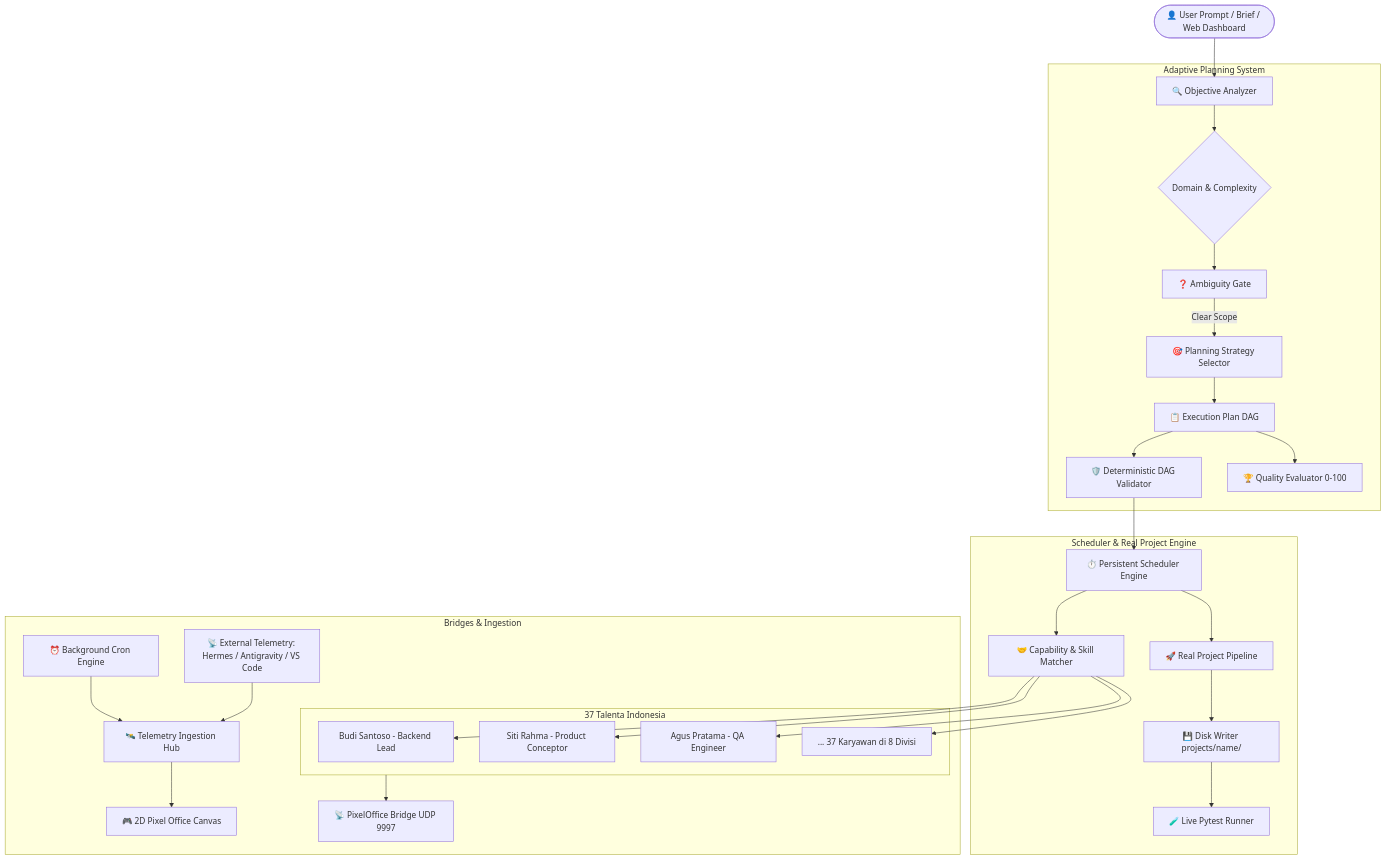
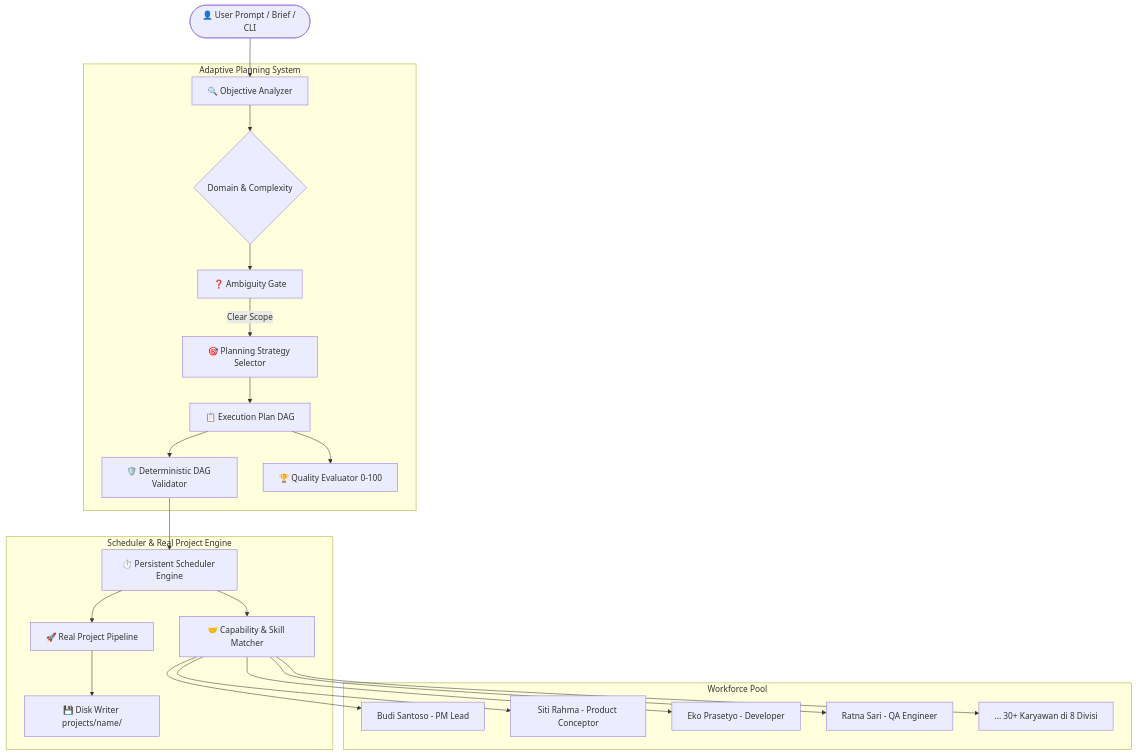
The diagram in README.md (AarsyDesign/Aether-Office), drawn with Mermaid before and after one commit. The commit also changed other lines of this file and 29 other files, not shown here.

````diff
--- a/README.md
+++ b/README.md
@@ -131,35 +70,28 @@
 ```mermaid
 flowchart TD
-    User([👤 User Prompt / Brief / Web Dashboard]) --> Analyzer[🔍 Objective Analyzer]
+    User([👤 User Prompt / Brief / CLI]) --> Analyzer[🔍 Objective Analyzer]
     
     subgraph Planning_Intelligence [Adaptive Planning System]
         Analyzer --> Classifier{Domain & Complexity}
         Classifier --> AmbiguityCheck[❓ Ambiguity Gate]
         AmbiguityCheck -->|Clear Scope| StrategySelector[🎯 Planning Strategy Selector]
         StrategySelector --> PlanGen[📋 Execution Plan DAG]
         PlanGen --> Validator[🛡️ Deterministic DAG Validator]
         PlanGen --> Evaluator[🏆 Quality Evaluator 0-100]
     end
 
     subgraph Runtime_Operations [Scheduler & Real Project Engine]
         Validator --> Scheduler[⏱️ Persistent Scheduler Engine]
         Scheduler --> Matcher[🤝 Capability & Skill Matcher]
         Scheduler --> CodePipeline[🚀 Real Project Pipeline]
         CodePipeline --> DiskWriter[💾 Disk Writer projects/name/]
-        DiskWriter --> PytestRunner[🧪 Live Pytest Runner]
     end
 
-    subgraph Workforce_Pool [37 Talenta Indonesia]
-        Matcher --> Emp1[Budi Santoso - Backend Lead]
+    subgraph Workforce_Pool [Workforce Pool]
+        Matcher --> Emp1[Budi Santoso - PM Lead]
         Matcher --> Emp2[Siti Rahma - Product Conceptor]
-        Matcher --> Emp3[Agus Pratama - QA Engineer]
-        Matcher --> Emp37[... 37 Karyawan di 8 Divisi]
-    end
-
-    subgraph External_Bridges [Bridges & Ingestion]
-        Telemetry[📡 External Telemetry: Hermes / Antigravity / VS Code] --> Hub[🛰️ Telemetry Ingestion Hub]
-        Cron[⏰ Background Cron Engine] --> Hub
-        Hub --> VisualOffice[🎮 2D Pixel Office Canvas]
-        Workforce_Pool --> PixelBridge[📡 PixelOffice Bridge UDP 9997]
+        Matcher --> Emp3[Eko Prasetyo - Developer]
+        Matcher --> Emp4[Ratna Sari - QA Engineer]
+        Matcher --> EmpN[... 30+ Karyawan di 8 Divisi]
     end
 ```
````
